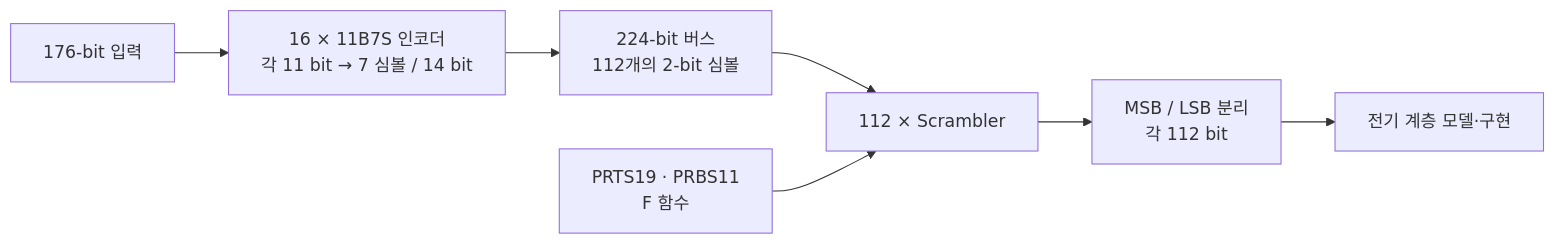
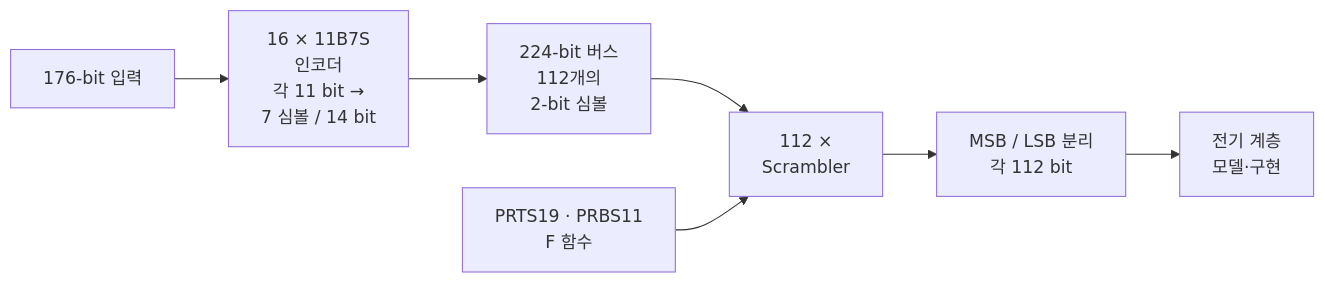
The diagram in projects/high-speed-interface-research/docs/usb-tx-modeling.md (yunjuhyeong0916-glitch/jhyun), drawn with Mermaid before and after one commit. The commit also changed 4 other files, not shown here.

Commit message:
Wrap Mermaid labels to prevent diagram text clipping

````diff
--- a/projects/high-speed-interface-research/docs/usb-tx-modeling.md
+++ b/projects/high-speed-interface-research/docs/usb-tx-modeling.md
@@ -52,9 +52,9 @@
 ```mermaid
 flowchart LR
-    A["176-bit 입력"] --> B["16 × 11B7S 인코더<br/>각 11 bit → 7 심볼 / 14 bit"]
-    B --> C["224-bit 버스<br/>112개의 2-bit 심볼"]
-    C --> D["112 × Scrambler"]
+    A["176-bit 입력"] --> B["16 × 11B7S<br/>인코더<br/>각 11 bit →<br/>7 심볼 / 14 bit"]
+    B --> C["224-bit 버스<br/>112개의<br/>2-bit 심볼"]
+    C --> D["112 ×<br/>Scrambler"]
     F["PRTS19 · PRBS11<br/>F 함수"] --> D
     D --> E["MSB / LSB 분리<br/>각 112 bit"]
-    E --> G["전기 계층 모델·구현"]
+    E --> G["전기 계층<br/>모델·구현"]
 ```
````
